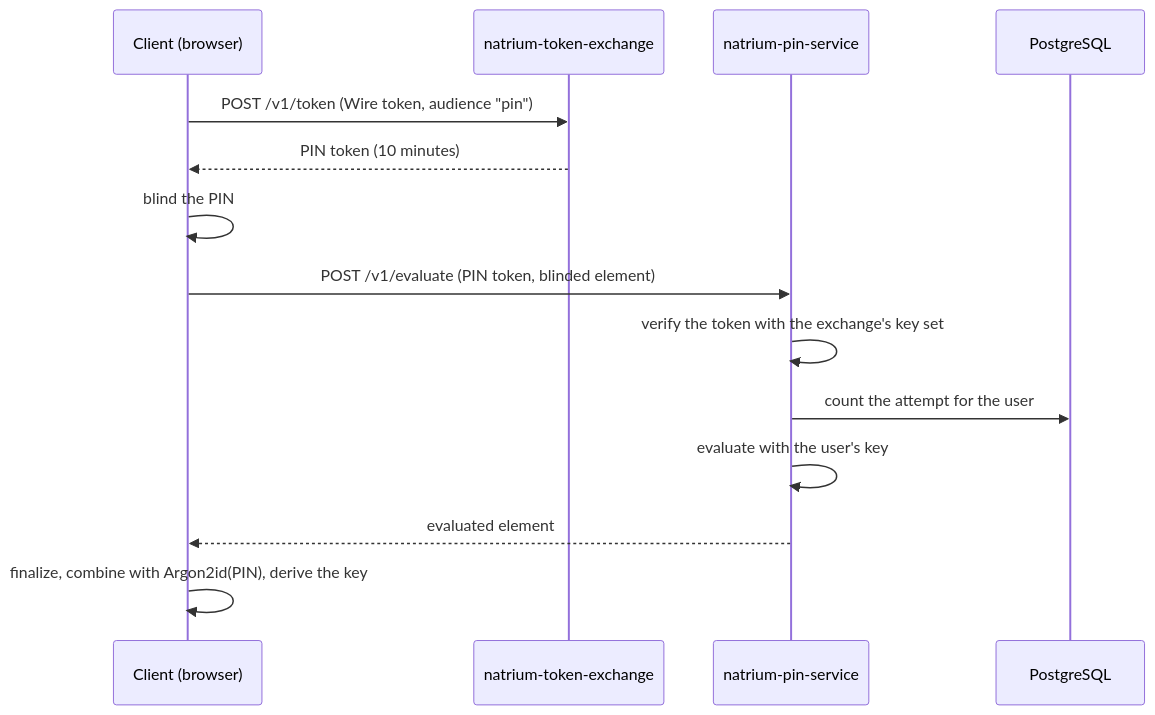
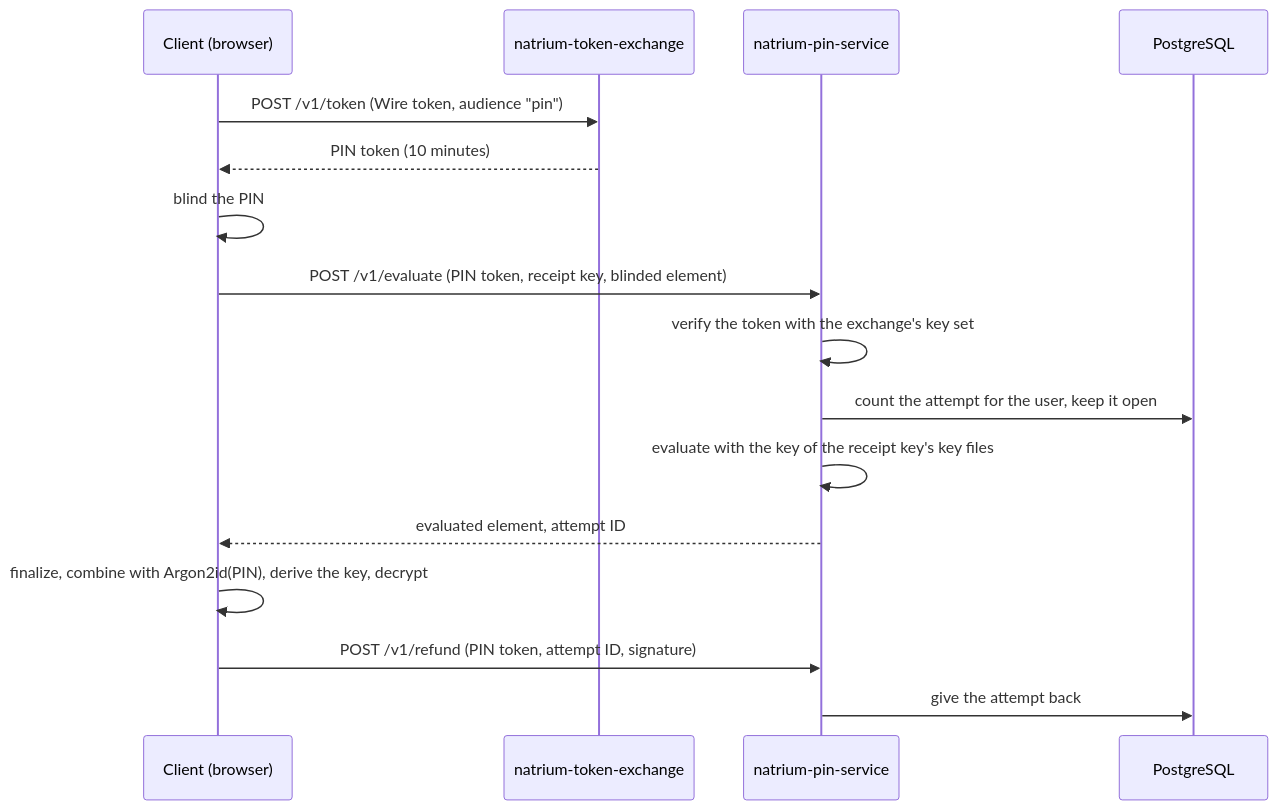
The diagram in README.md (SchwarzDigits/natrium-pin-service), drawn with Mermaid before and after one commit. The commit also changed other lines of this file and 16 other files, not shown here.

First line of the commit message:
Give successful attempts back with signed receipts

````diff
--- a/README.md
+++ b/README.md
@@ -36,16 +36,18 @@
 ```mermaid
 sequenceDiagram
     participant C as Client (browser)
     participant T as natrium-token-exchange
     participant P as natrium-pin-service
     participant D as PostgreSQL
     C->>T: POST /v1/token (Wire token, audience "pin")
     T-->>C: PIN token (10 minutes)
     C->>C: blind the PIN
-    C->>P: POST /v1/evaluate (PIN token, blinded element)
+    C->>P: POST /v1/evaluate (PIN token, receipt key, blinded element)
     P->>P: verify the token with the exchange's key set
-    P->>D: count the attempt for the user
-    P->>P: evaluate with the user's key
-    P-->>C: evaluated element
-    C->>C: finalize, combine with Argon2id(PIN), derive the key
+    P->>D: count the attempt for the user, keep it open
+    P->>P: evaluate with the key of the receipt key's key files
+    P-->>C: evaluated element, attempt ID
+    C->>C: finalize, combine with Argon2id(PIN), derive the key, decrypt
+    C->>P: POST /v1/refund (PIN token, attempt ID, signature)
+    P->>D: give the attempt back
 ```
````
